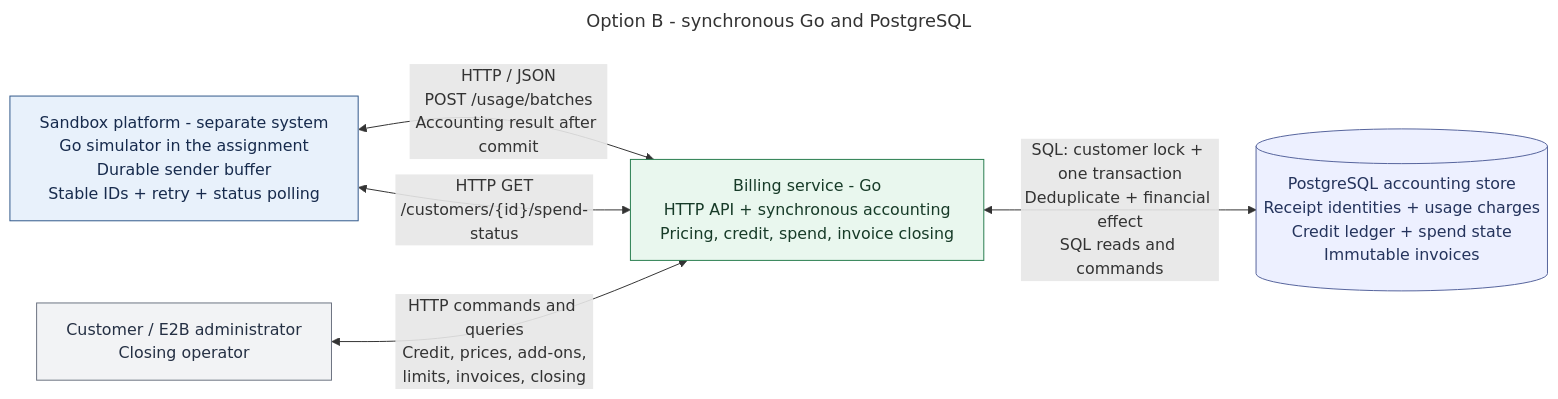
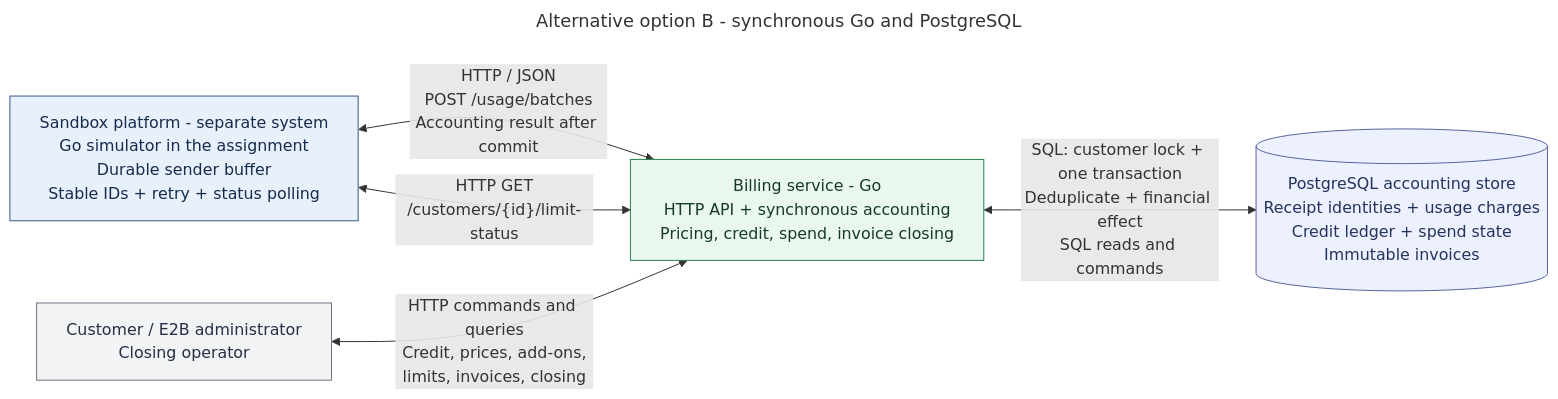
One commit to pupitooo/e2b-billing-api changed the diagram in docs/diagrams/option-b-components/option-b-components.mmd. Above: the diagram before and after it, drawn with Mermaid. The commit also changed 17 other files, not shown here.

```diff
--- a/docs/diagrams/option-b-components/option-b-components.mmd
+++ b/docs/diagrams/option-b-components/option-b-components.mmd
@@ -1,31 +1,31 @@
 ---
-title: Option B - synchronous Go and PostgreSQL
+title: Alternative option B - synchronous Go and PostgreSQL
 config:
   layout: dagre
   flowchart:
     wrappingWidth: 300
     nodeSpacing: 60
     rankSpacing: 75
 ---
 %% Considered alternative; not the selected implementation.
 %% Customer locks coordinate usage, credit, and closing.
 %% Receipt identity and financial effects commit together before acknowledgement.
 flowchart LR
     platform["Sandbox platform - separate system<br/>Go simulator in the assignment<br/>Durable sender buffer<br/>Stable IDs + retry + status polling"]
     callers["Customer / E2B administrator<br/>Closing operator"]
     api["Billing service - Go<br/>HTTP API + synchronous accounting<br/>Pricing, credit, spend, invoice closing"]
     database[("PostgreSQL accounting store<br/>Receipt identities + usage charges<br/>Credit ledger + spend state<br/>Immutable invoices")]
 
     platform <-->|"HTTP / JSON<br/>POST /usage/batches<br/>Accounting result after commit"| api
-    platform <-->|"HTTP GET<br/>/customers/{id}/spend-status"| api
+    platform <-->|"HTTP GET<br/>/customers/{id}/limit-status"| api
     callers <-->|"HTTP commands and queries<br/>Credit, prices, add-ons,<br/>limits, invoices, closing"| api
     api <-->|"SQL: customer lock + one transaction<br/>Deduplicate + financial effect<br/>SQL reads and commands"| database
 
     classDef platformNode fill:#e8f1fb,stroke:#31588a,color:#172b4d;
     classDef goModule fill:#e9f7ee,stroke:#287d4e,color:#173b28;
     classDef storedData fill:#edf0ff,stroke:#56649c,color:#24335c;
     classDef actor fill:#f2f3f5,stroke:#6b7280,color:#253044;
     class platform platformNode;
     class api goModule;
     class database storedData;
     class callers actor;
```
